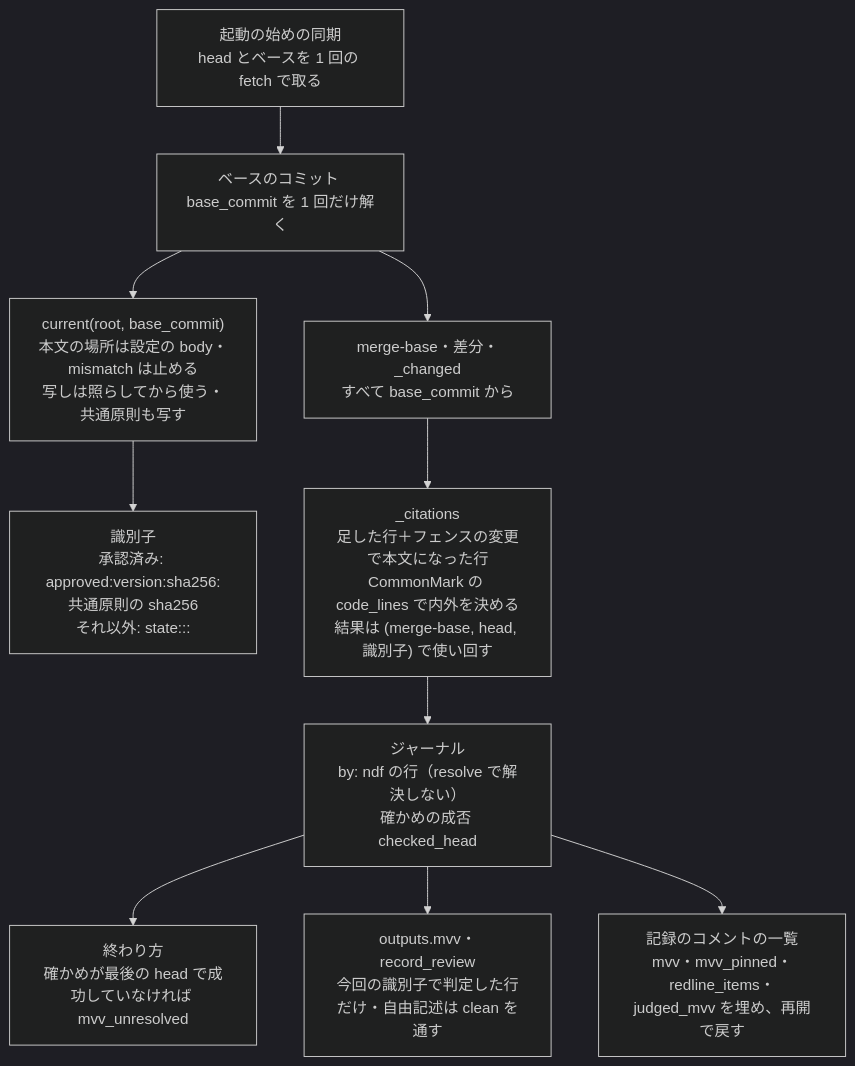
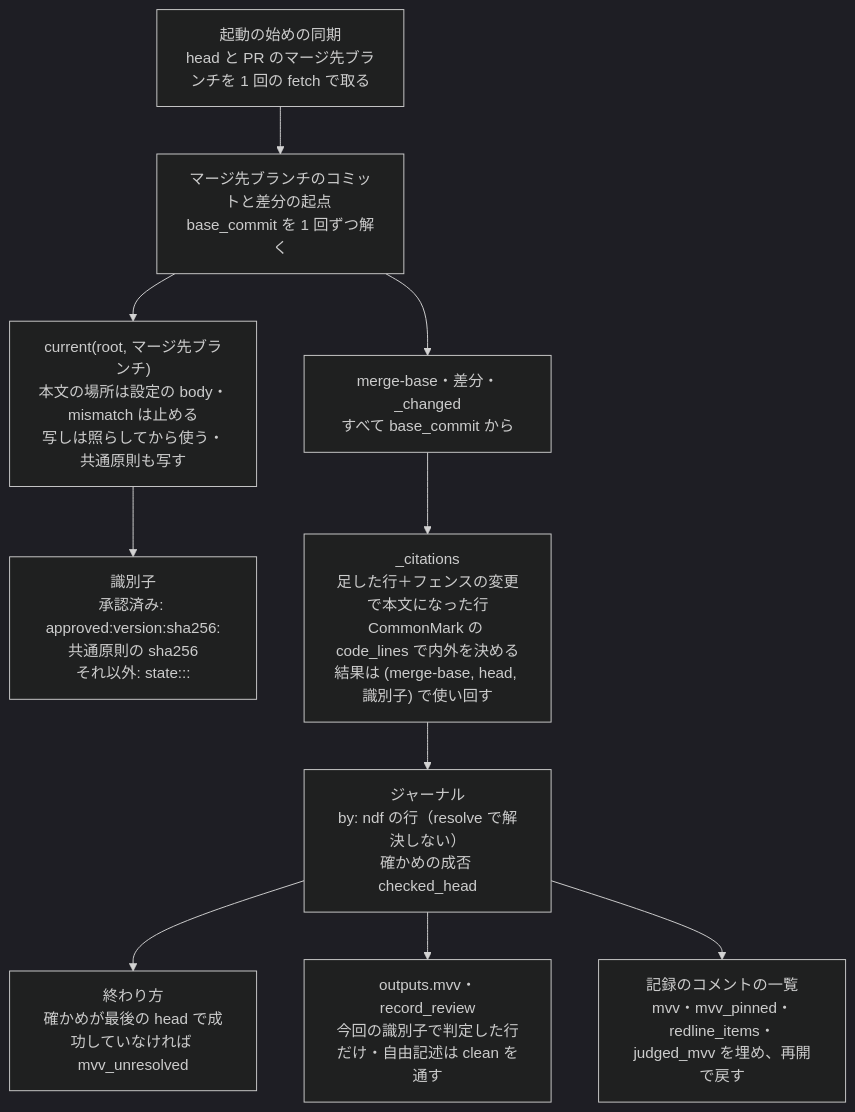
The second of 2 diagrams in issues/issue-4090-4099-design.md (devbasex/ai-plugins), drawn with Mermaid (dark theme) before and after one commit. The commit also changed other lines of this file and 11 other files, not shown here.

````diff
--- a/issues/issue-4090-4099-design.md
+++ b/issues/issue-4090-4099-design.md
@@ -61,12 +61,12 @@
 ```mermaid
 graph TD
-  F["起動の始めの同期<br>head とベースを 1 回の fetch で取る"] --> R["ベースのコミット base_commit を 1 回だけ解く"]
-  R --> CUR["current(root, base_commit)<br>本文の場所は設定の body・mismatch は止める<br>写しは照らしてから使う・共通原則も写す"]
+  F["起動の始めの同期<br>head と PR のマージ先ブランチを 1 回の fetch で取る"] --> R["マージ先ブランチのコミットと差分の起点 base_commit を 1 回ずつ解く"]
+  R --> CUR["current(root, マージ先ブランチ)<br>本文の場所は設定の body・mismatch は止める<br>写しは照らしてから使う・共通原則も写す"]
   R --> DIFF["merge-base・差分・_changed<br>すべて base_commit から"]
   CUR --> ID["識別子<br>承認済み: approved:version:sha256:共通原則の sha256<br>それ以外: state:::"]
   DIFF --> CIT["_citations<br>足した行＋フェンスの変更で本文になった行<br>CommonMark の code_lines で内外を決める<br>結果は (merge-base, head, 識別子) で使い回す"]
   CIT --> J["ジャーナル<br>by: ndf の行（resolve で解決しない）<br>確かめの成否 checked_head"]
   J --> FIN["終わり方<br>確かめが最後の head で成功していなければ mvv_unresolved"]
   J --> OUT["outputs.mvv・record_review<br>今回の識別子で判定した行だけ・自由記述は clean を通す"]
   J --> OB["記録のコメントの一覧<br>mvv・mvv_pinned・redline_items・judged_mvv を埋め、再開で戻す"]
 ```
````
